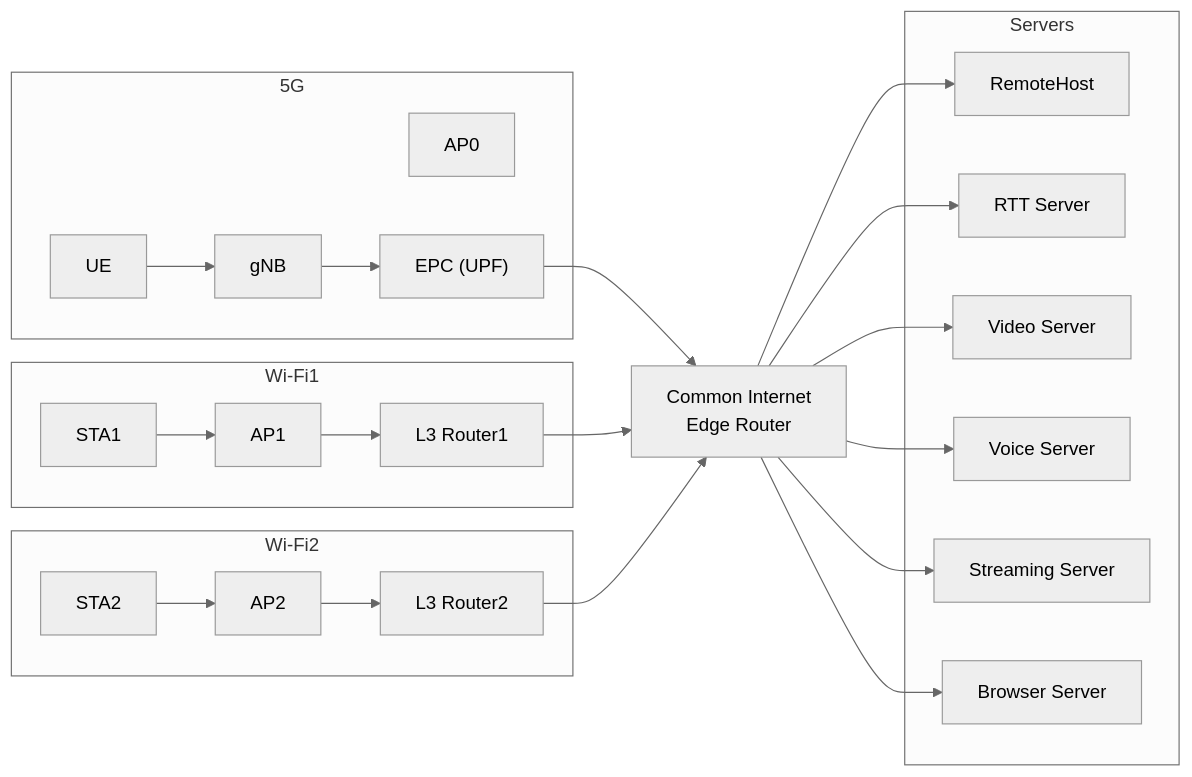
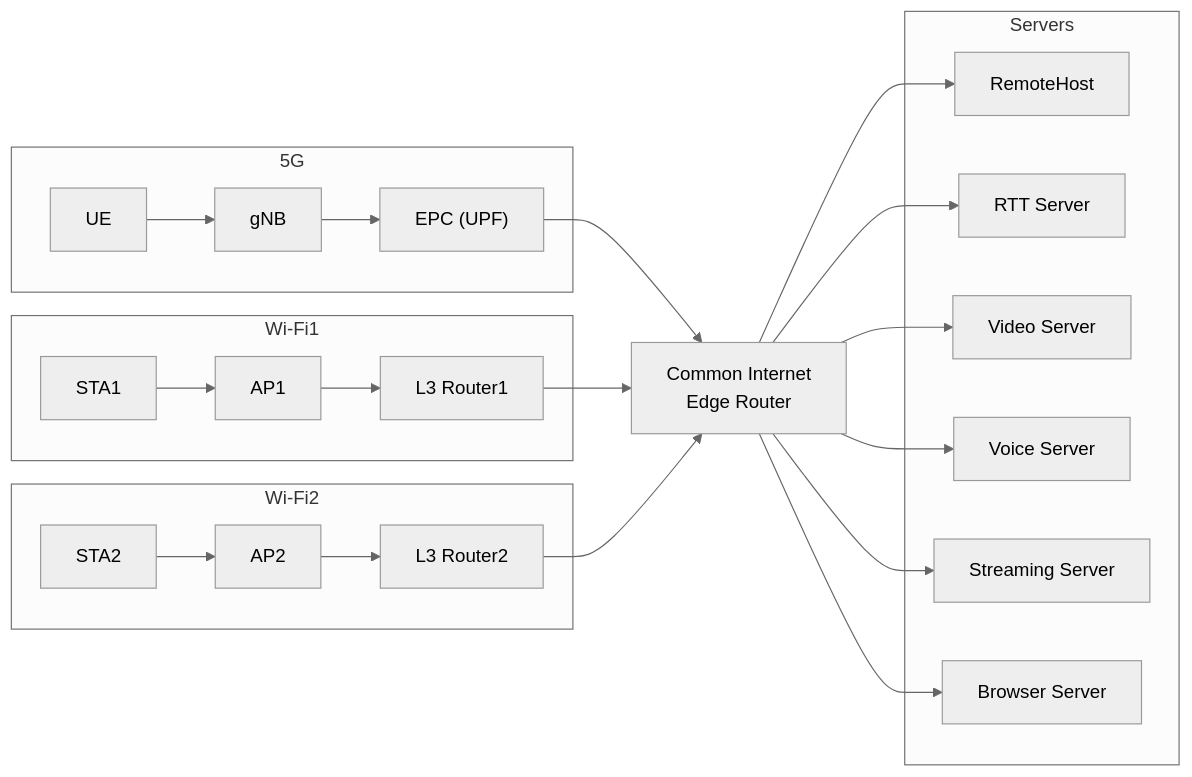
One commit to Sota-Okochi/ns-3.44 changed the diagram in README.md. Above: the diagram before and after it, drawn with Mermaid (neutral theme). The commit also changed other lines of this file, not shown here.

````diff
--- a/README.md
+++ b/README.md
@@ -21,50 +21,50 @@
 ```mermaid
 flowchart LR
     %% --- Groups ---
     subgraph G5G["5G"]
         UE[UE]
-        AP0[AP0]
+        gNB[gNB]
         EPC["EPC (UPF)"]
         UE --> gNB
         gNB --> EPC
     end
 
     subgraph GWiFi1["Wi-Fi1"]
         STA1[STA1]
         AP1[AP1]
         L3R1["L3 Router1"]
         STA1 --> AP1
         AP1 --> L3R1
     end
 
     subgraph GWiFi2["Wi-Fi2"]
         STA2[STA2]
         AP2[AP2]
         L3R2["L3 Router2"]
         STA2 --> AP2
         AP2 --> L3R2
     end
 
     subgraph Servers["Servers"]
         RH[RemoteHost]
         RTT["RTT Server"]
         VID["Video Server"]
         VOI["Voice Server"]
         STR["Streaming Server"]
         BRW["Browser Server"]
     end
 
     %% --- Core Edge ---
     CER["Common Internet<br/>Edge Router"]
     EPC --> CER
     L3R1 --> CER
     L3R2 --> CER
 
     %% --- Fan-out to servers ---
     CER --> RH
     CER --> RTT
     CER --> VID
     CER --> VOI
     CER --> STR
     CER --> BRW
 ```
````
